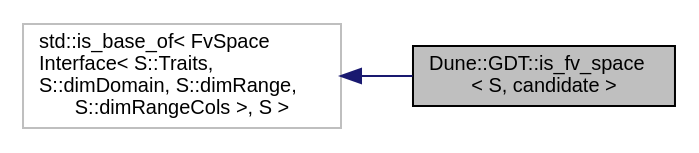
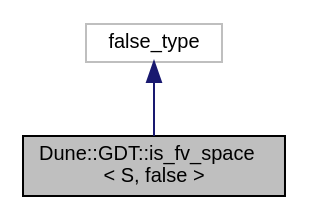
Before and after one commit to dune-community/dune-community.github.io: the diagram in docs/dune-gdt/master/a02636.dot, drawn with Graphviz. The commit also changed 1984 other files, not shown here.

Commit message:
Updated documentation for dune-gdt master

```diff
--- a/docs/dune-gdt/master/a02636.dot
+++ b/docs/dune-gdt/master/a02636.dot
@@ -1,9 +1,8 @@
-digraph "Dune::GDT::is_fv_space&lt; S, candidate &gt;"
+digraph "Dune::GDT::is_fv_space&lt; S, false &gt;"
 {
   edge [fontname="Helvetica",fontsize="10",labelfontname="Helvetica",labelfontsize="10"];
   node [fontname="Helvetica",fontsize="10",shape=record];
-  rankdir="LR";
-  Node0 [label="Dune::GDT::is_fv_space\l\< S, candidate \>",height=0.2,width=0.4,color="black", fillcolor="grey75", style="filled", fontcolor="black"];
+  Node0 [label="Dune::GDT::is_fv_space\l\< S, false \>",height=0.2,width=0.4,color="black", fillcolor="grey75", style="filled", fontcolor="black"];
   Node1 -> Node0 [dir="back",color="midnightblue",fontsize="10",style="solid",fontname="Helvetica"];
-  Node1 [label="std::is_base_of\< FvSpace\lInterface\< S::Traits,\l S::dimDomain, S::dimRange,\l S::dimRangeCols \>, S \>",height=0.2,width=0.4,color="grey75", fillcolor="white", style="filled"];
+  Node1 [label="false_type",height=0.2,width=0.4,color="grey75", fillcolor="white", style="filled"];
 }
```
